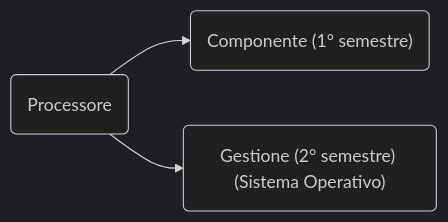
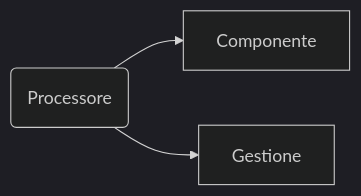
Before and after one commit to SuperSamus/appunti-universitari: the first of 2 diagrams in Architettura e sistemi operativi/Bit/Processore/Processore.md, drawn with Mermaid (dark theme). The commit also changed other lines of this file and 4 other files, not shown here.

````diff
--- a/Architettura e sistemi operativi/Bit/Processore/Processore.md
+++ b/Architettura e sistemi operativi/Bit/Processore/Processore.md
@@ -5,5 +5,5 @@
 ```mermaid
 flowchart LR
-P(Processore) --> C("Componente (1° semestre)")
-P --> G("Gestione (2° semestre) (Sistema Operativo)")
+P(Processore) --> Componente
+P --> Gestione
 ```
````
